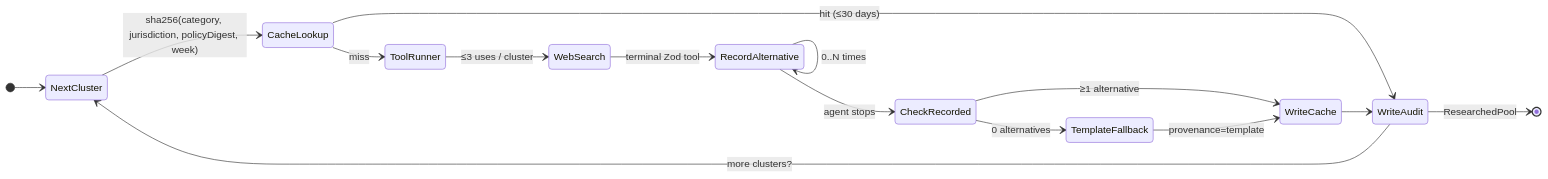
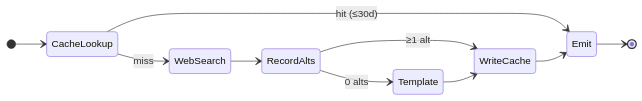
Before and after one commit to LucasDuys/bunq-hackathon: the third of 10 diagrams in README.md, drawn with Mermaid. The commit also changed other lines of this file, not shown here.

````diff
--- a/README.md
+++ b/README.md
@@ -168,18 +163,13 @@
 ```mermaid
 stateDiagram-v2
     direction LR
-    [*] --> NextCluster
-    NextCluster --> CacheLookup: sha256(category, jurisdiction, policyDigest, week)
-    CacheLookup --> WriteAudit: hit (≤30 days)
-    CacheLookup --> ToolRunner: miss
-    ToolRunner --> WebSearch: ≤3 uses / cluster
-    WebSearch --> RecordAlternative: terminal Zod tool
-    RecordAlternative --> RecordAlternative: 0..N times
-    RecordAlternative --> CheckRecorded: agent stops
-    CheckRecorded --> TemplateFallback: 0 alternatives
-    CheckRecorded --> WriteCache: ≥1 alternative
-    TemplateFallback --> WriteCache: provenance=template
-    WriteCache --> WriteAudit
-    WriteAudit --> NextCluster: more clusters?
-    WriteAudit --> [*]: ResearchedPool
+    [*] --> CacheLookup
+    CacheLookup --> Emit: hit (≤30d)
+    CacheLookup --> WebSearch: miss
+    WebSearch --> RecordAlts
+    RecordAlts --> WriteCache: ≥1 alt
+    RecordAlts --> Template: 0 alts
+    Template --> WriteCache
+    WriteCache --> Emit
+    Emit --> [*]
 ```
````
